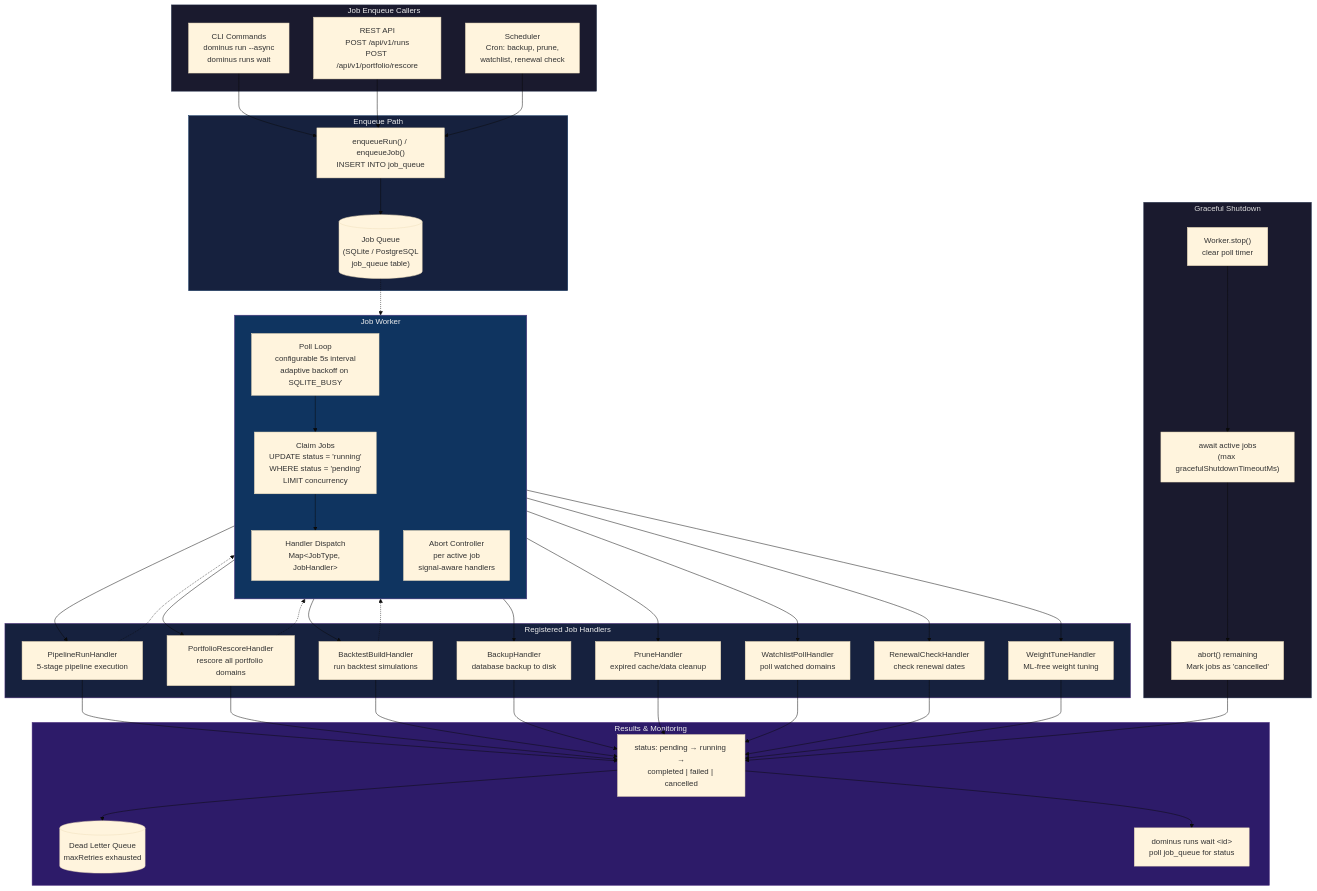
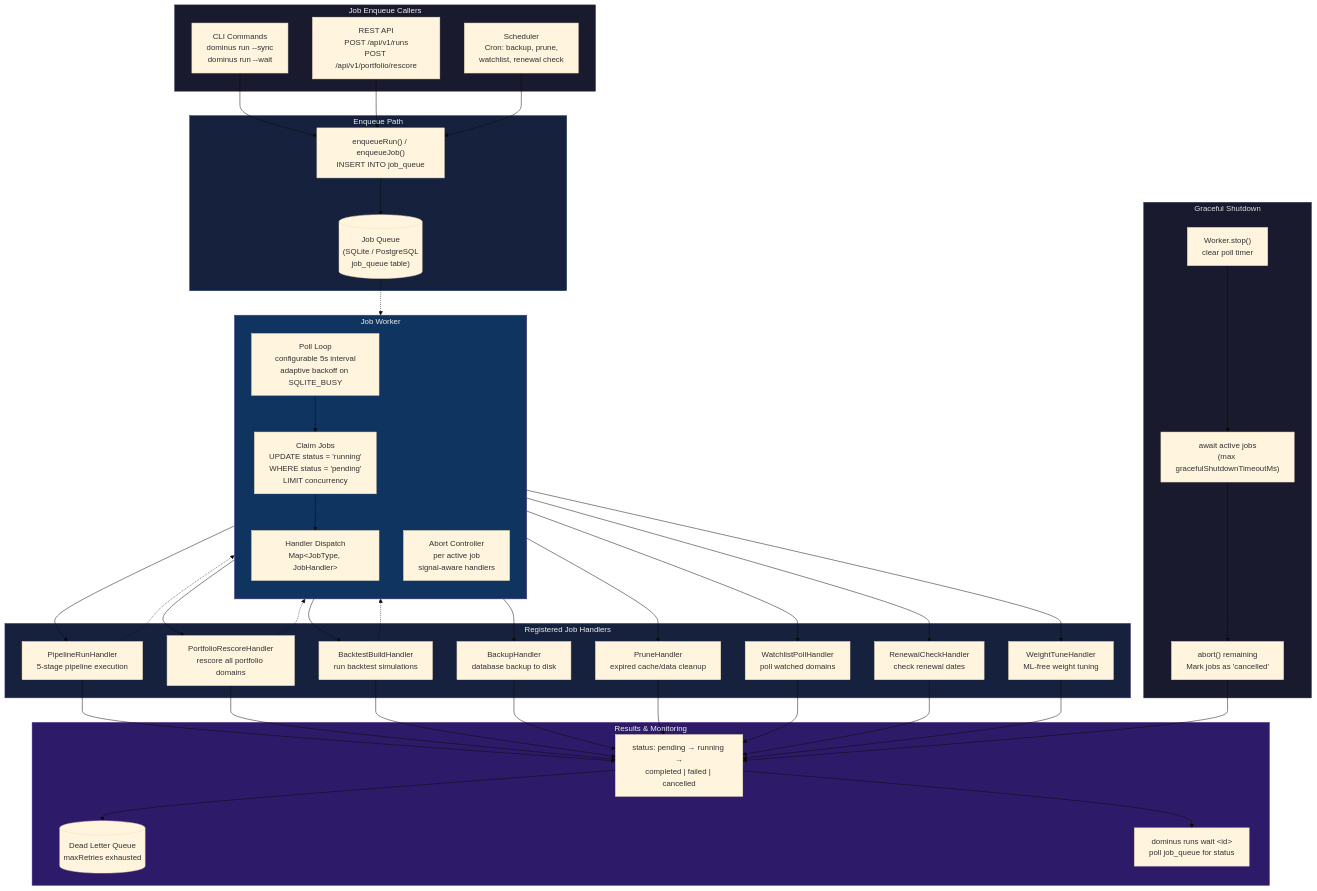
One commit to AlessioBrillo/dominus changed the diagram in docs/diagrams/job-execution.md. Above: the diagram before and after it, drawn with Mermaid (base theme). The commit also changed 67 other files, not shown here.

````diff
--- a/docs/diagrams/job-execution.md
+++ b/docs/diagrams/job-execution.md
@@ -3,7 +3,7 @@
 ```mermaid
 flowchart TB
     subgraph Caller[Job Enqueue Callers]
-        CLI["CLI Commands<br/>dominus run --async<br/>dominus runs wait <id>"]
+        CLI["CLI Commands<br/>dominus run --sync<br/>dominus run --wait"]
         API["REST API<br/>POST /api/v1/runs<br/>POST /api/v1/portfolio/rescore"]
         SCHED[Scheduler<br/>Cron: backup, prune,<br/>watchlist, renewal check]
     end
````
